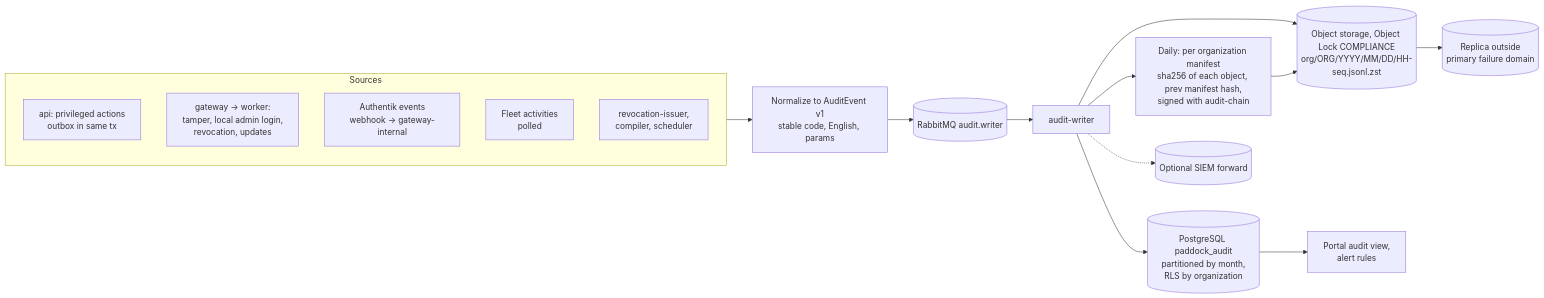
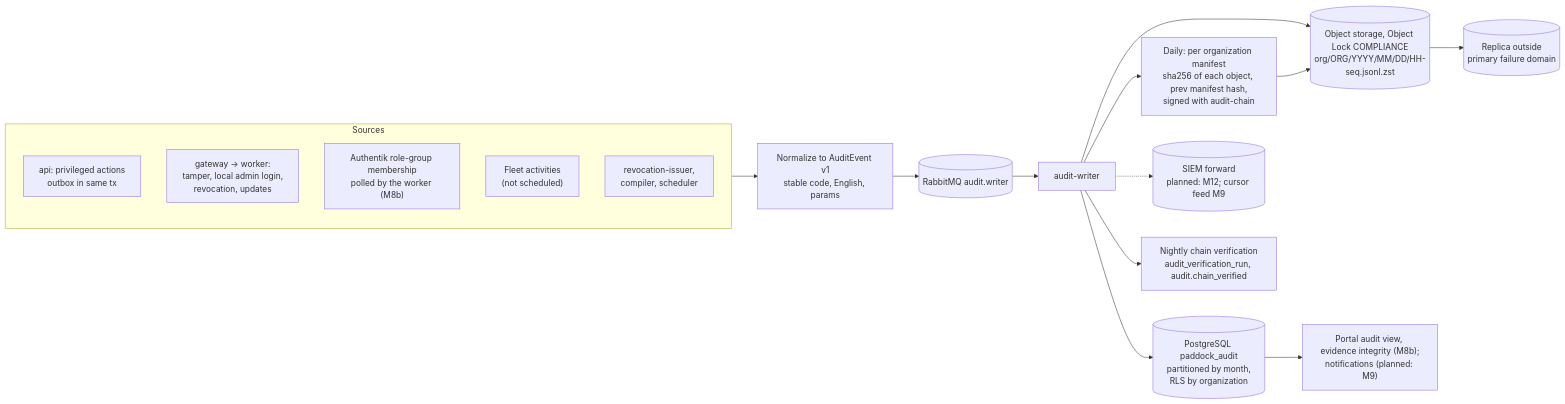
Diagram 18 of 19 in docs/architecture.md (phischl/paddock-mdm), drawn with Mermaid before and after one commit. The commit also changed other lines of this file and 5 other files, not shown here.

````diff
--- a/docs/architecture.md
+++ b/docs/architecture.md
@@ -1625,20 +1635,21 @@
 ```mermaid
 flowchart LR
   subgraph sources[Sources]
     portal[api: privileged actions<br/>outbox in same tx]
     dev[gateway → worker:<br/>tamper, local admin login,<br/>revocation, updates]
-    idp[Authentik events<br/>webhook → gateway-internal]
-    fleet[Fleet activities<br/>polled]
+    idp["Authentik role-group membership<br/>polled by the worker (M8b)"]
+    fleet["Fleet activities<br/>(not scheduled)"]
     sys[revocation-issuer,<br/>compiler, scheduler]
   end
   sources --> norm[Normalize to AuditEvent v1<br/>stable code, English, params]
   norm --> js[(RabbitMQ audit.writer)]
   js --> aw[audit-writer]
   aw --> idx[(PostgreSQL paddock_audit<br/>partitioned by month,<br/>RLS by organization)]
   aw --> worm[(Object storage, Object Lock COMPLIANCE<br/>org/ORG/YYYY/MM/DD/HH-seq.jsonl.zst)]
   aw --> chain[Daily: per organization manifest<br/>sha256 of each object, prev manifest hash,<br/>signed with audit-chain]
   chain --> worm
   worm --> rep[(Replica outside<br/>primary failure domain)]
-  idx --> ui[Portal audit view,<br/>alert rules]
-  aw -.-> siem[(Optional SIEM forward)]
+  idx --> ui["Portal audit view, evidence integrity (M8b);<br/>notifications (planned: M9)"]
+  aw -.-> siem[("SIEM forward<br/>planned: M12; cursor feed M9")]
+  aw --> ver[Nightly chain verification<br/>audit_verification_run, audit.chain_verified]
 ```
````
